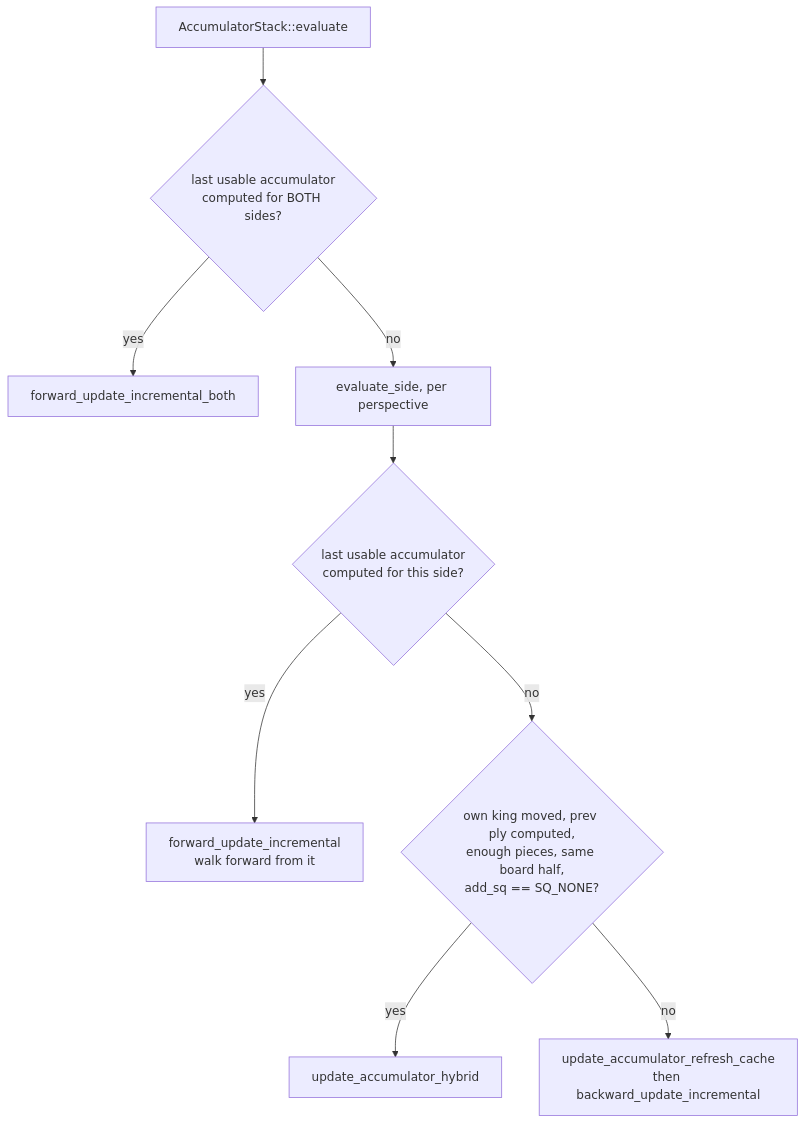
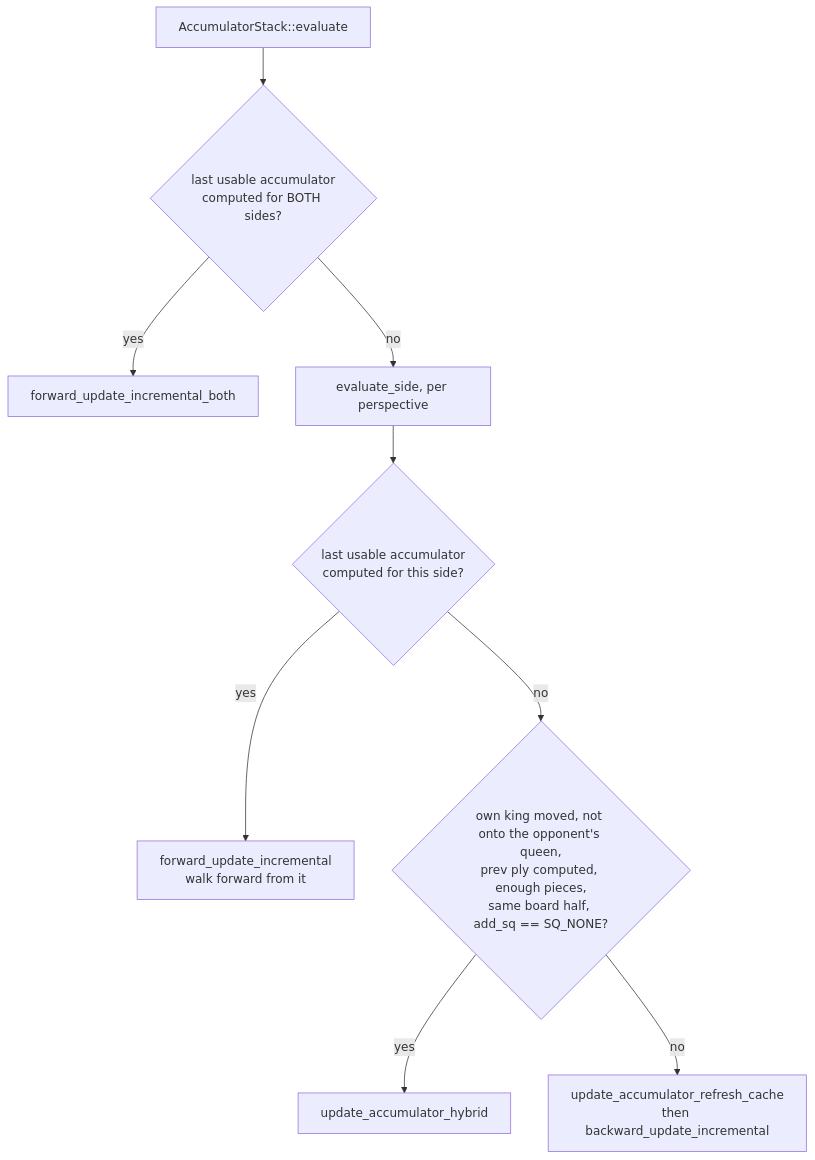
One commit to ppigazzini/Stockfish changed the diagram in docs/03-engine-eval.md. Above: the diagram before and after it, drawn with Mermaid. The commit also changed other lines of this file and 3 other files, not shown here.

````diff
--- a/docs/03-engine-eval.md
+++ b/docs/03-engine-eval.md
@@ -98,11 +110,11 @@
 ```mermaid
 flowchart TD
     E["AccumulatorStack::evaluate"] --> B{"last usable accumulator<br/>computed for BOTH sides?"}
     B -->|yes| FB["forward_update_incremental_both"]
     B -->|no| S["evaluate_side, per perspective"]
     S --> C{"last usable accumulator<br/>computed for this side?"}
     C -->|yes| F["forward_update_incremental<br/>walk forward from it"]
-    C -->|no| H{"own king moved, prev ply computed,<br/>enough pieces, same board half,<br/>add_sq == SQ_NONE?"}
+    C -->|no| H{"own king moved, not onto the opponent's queen,<br/>prev ply computed, enough pieces,<br/>same board half, add_sq == SQ_NONE?"}
     H -->|yes| HY["update_accumulator_hybrid"]
     H -->|no| R["update_accumulator_refresh_cache<br/>then backward_update_incremental"]
 ```
````
